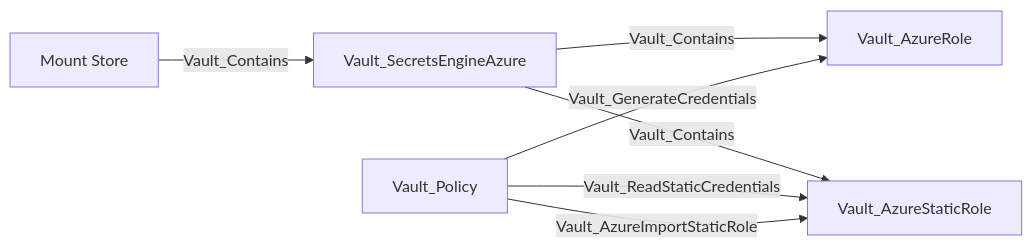
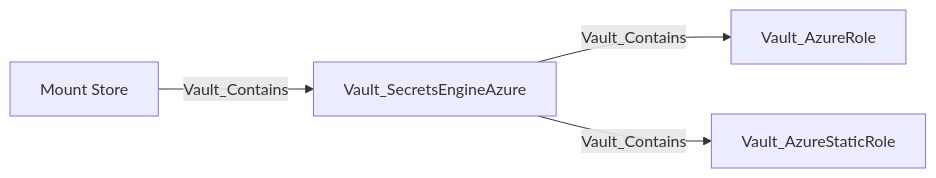
Before and after one commit to bytewreck/opengraph-vault: the fifth of 29 diagrams in Documentation/stores/MOUNTS.md, drawn with Mermaid. The commit also changed other lines of this file and 3 other files, not shown here.

````diff
--- a/Documentation/stores/MOUNTS.md
+++ b/Documentation/stores/MOUNTS.md
@@ -92,9 +89,6 @@
 ```mermaid
 flowchart LR
     store[Mount Store] -->|Vault_Contains| mount[Vault_SecretsEngineAzure]
     mount -->|Vault_Contains| dynamic[Vault_AzureRole]
     mount -->|Vault_Contains| static[Vault_AzureStaticRole]
-    policy[Vault_Policy] -->|Vault_GenerateCredentials| dynamic
-    policy -->|Vault_ReadStaticCredentials| static
-    policy -->|Vault_AzureImportStaticRole| static
 ```
````
